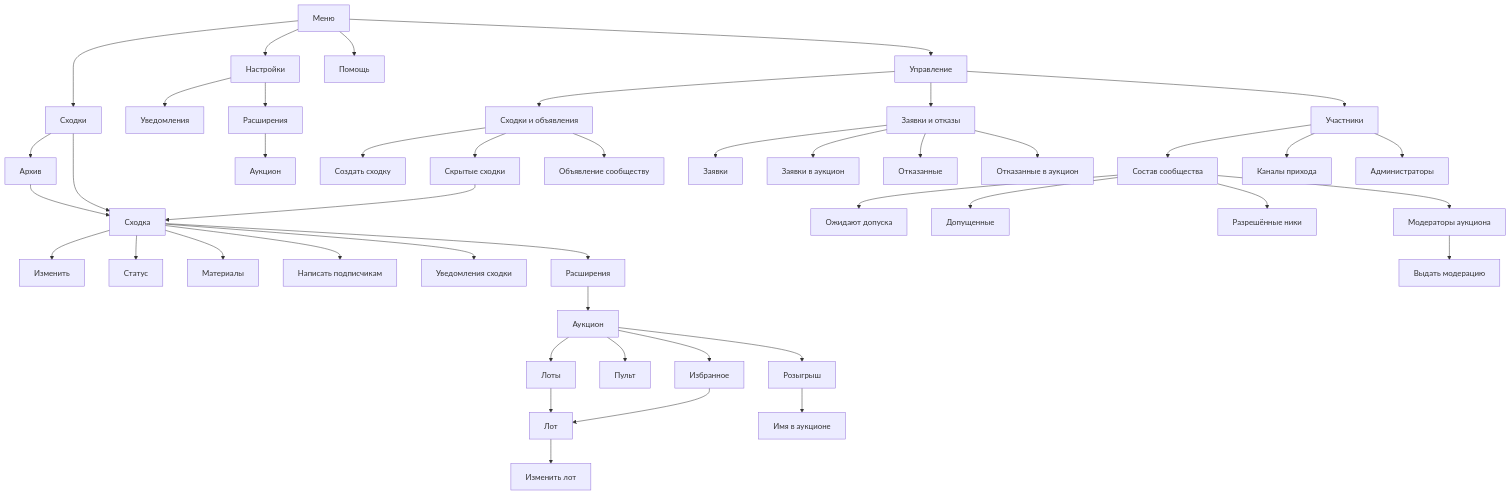
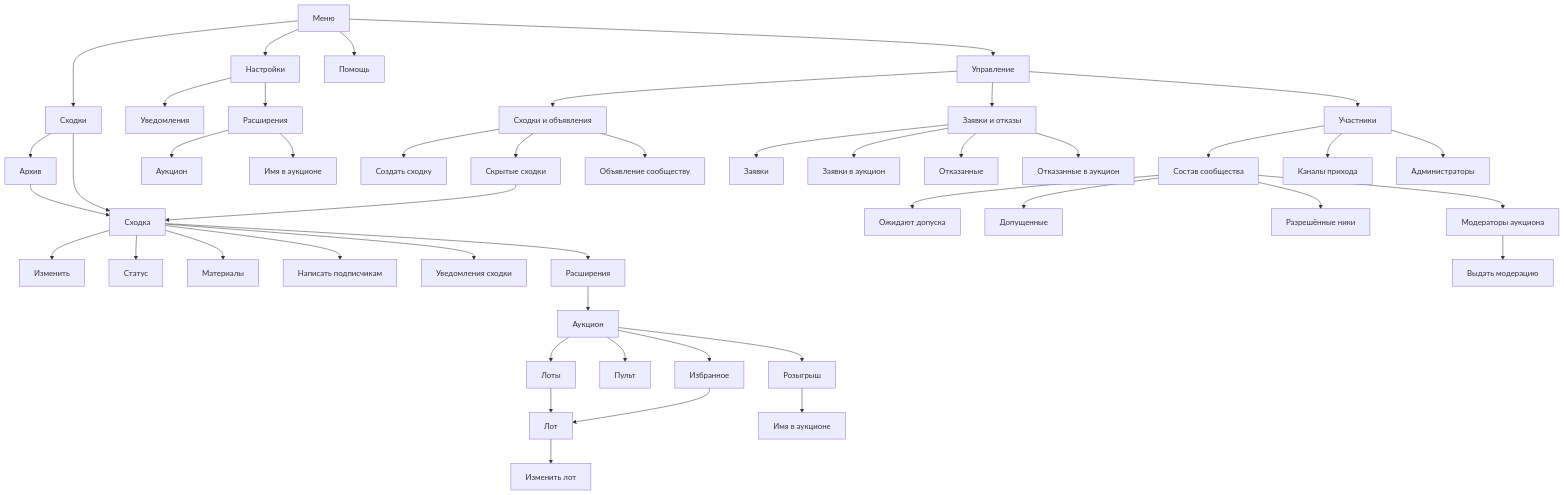
Before and after one commit to Solguficky/solguficky-hub: the first of 2 diagrams in docs/design/bot/design-code.md, drawn with Mermaid. The commit also changed other lines of this file and 4 other files, not shown here.

Commit message:
docs: Align the settings tree and the name schema comment

````diff
--- a/docs/design/bot/design-code.md
+++ b/docs/design/bot/design-code.md
@@ -37,53 +37,54 @@
 ```mermaid
 flowchart TD
     menu[Меню]
     menu --> meetups[Сходки]
     menu --> settings[Настройки]
     menu --> help[Помощь]
     menu --> manage[Управление]
     meetups --> archive[Архив]
     settings --> notify[Уведомления]
     settings --> settingsExt[Расширения]
     settingsExt --> outbid[Аукцион]
+    settingsExt --> hubName[Имя в аукционе]
 
     meetups --> card[Сходка]
     archive --> card
     hidden --> card
 
     card --> edit[Изменить]
     card --> status[Статус]
     card --> materials[Материалы]
     card --> broadcast[Написать подписчикам]
     card --> notifyMeetup[Уведомления сходки]
     card --> extensions[Расширения]
     extensions --> auctionRoot[Аукцион]
     auctionRoot --> lots[Лоты]
     lots --> lot[Лот]
     lot --> lotForm[Изменить лот]
     auctionRoot --> console[Пульт]
     auctionRoot --> lotFavorites[Избранное]
     lotFavorites --> lot
     auctionRoot --> lotRaffle[Розыгрыш]
     lotRaffle --> lotRaffleName[Имя в аукционе]
 
     manage --> gMeetups[Сходки и объявления]
     manage --> gApplications[Заявки и отказы]
     manage --> gMembers[Участники]
 
     gMeetups --> create[Создать сходку]
     gMeetups --> hidden[Скрытые сходки]
     gMeetups --> announce[Объявление сообществу]
     gApplications --> applications[Заявки]
     gApplications --> auctionApplications[Заявки в аукцион]
     gApplications --> refused[Отказанные]
     gApplications --> auctionRefused[Отказанные в аукцион]
     gMembers --> community[Состав сообщества]
     gMembers --> channels[Каналы прихода]
     gMembers --> administrators[Администраторы]
 
     community --> pending[Ожидают допуска]
     community --> members[Допущенные]
     community --> nicks[Разрешённые ники]
     community --> moderators[Модераторы аукциона]
     moderators --> grant[Выдать модерацию]
 ```
````
